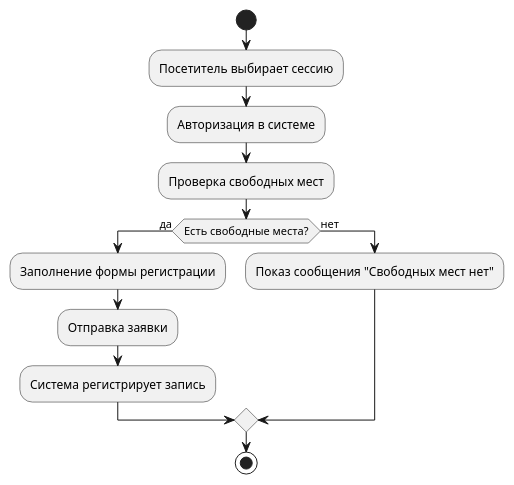
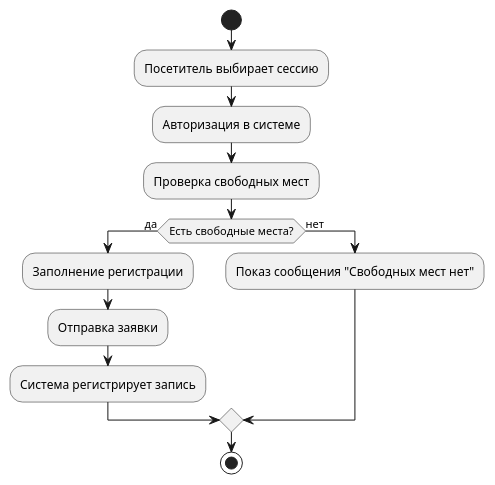
The diagram in block-scheme1.puml (damnedpunk/main), drawn with PlantUML before and after one commit.

```diff
--- a/block-scheme1.puml
+++ b/block-scheme1.puml
@@ -1,14 +1,14 @@
 @startuml
 start
 :Посетитель выбирает сессию;
 :Авторизация в системе;
 :Проверка свободных мест;
 if (Есть свободные места?) then (да)
-    :Заполнение формы регистрации;
+    :Заполнение регистрации;
     :Отправка заявки;
     :Система регистрирует запись;
 else (нет)
     :Показ сообщения "Свободных мест нет";
 endif
 stop
 @enduml
```
